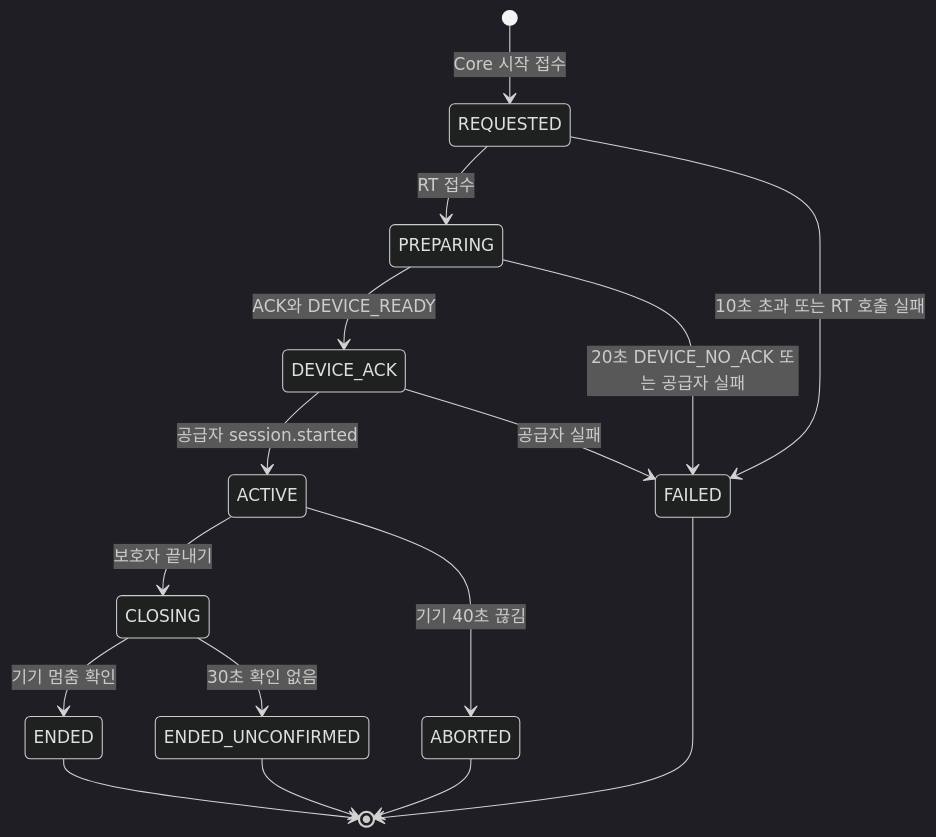
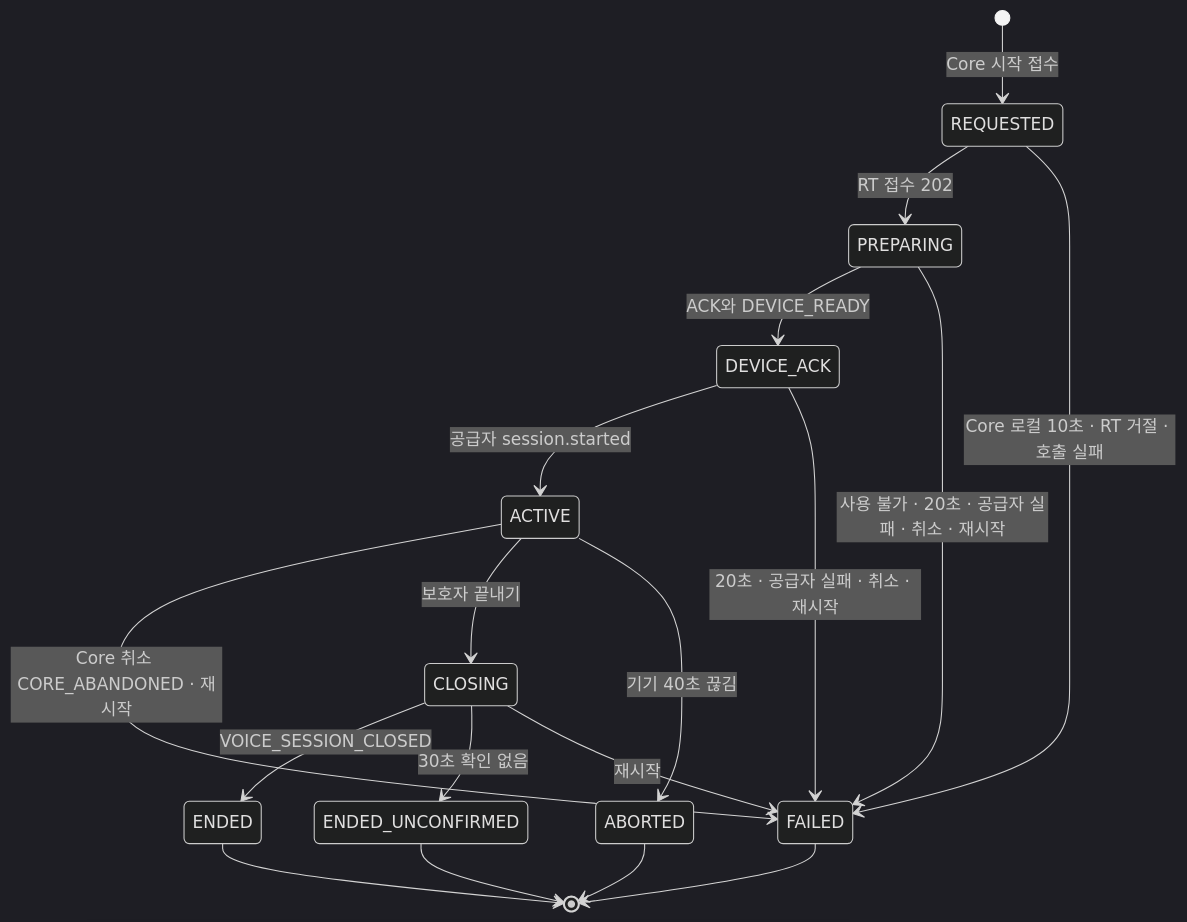
Before and after one commit to team-jomyung/mujungi: the third of 5 diagrams in aidlc/spaces/default/intents/261008-mujoong-service/construction/u1-walking-skeleton/functional-design/functional-spec.md, drawn with Mermaid (dark theme). The commit also changed other lines of this file and 5 other files, not shown here.

````diff
--- a/aidlc/spaces/default/intents/261008-mujoong-service/construction/u1-walking-skeleton/functional-design/functional-spec.md
+++ b/aidlc/spaces/default/intents/261008-mujoong-service/construction/u1-walking-skeleton/functional-design/functional-spec.md
@@ -173,18 +219,20 @@
 ```mermaid
 stateDiagram-v2
   [*] --> REQUESTED : Core 시작 접수
-  REQUESTED --> PREPARING : RT 접수
-  REQUESTED --> FAILED : 10초 초과 또는 RT 호출 실패
+  REQUESTED --> PREPARING : RT 접수 202
+  REQUESTED --> FAILED : Core 로컬 10초 · RT 거절 · 호출 실패
   PREPARING --> DEVICE_ACK : ACK와 DEVICE_READY
-  PREPARING --> FAILED : 20초 DEVICE_NO_ACK 또는 공급자 실패
   DEVICE_ACK --> ACTIVE : 공급자 session.started
-  DEVICE_ACK --> FAILED : 공급자 실패
+  PREPARING --> FAILED : 사용 불가 · 20초 · 공급자 실패 · 취소 · 재시작
+  DEVICE_ACK --> FAILED : 20초 · 공급자 실패 · 취소 · 재시작
+  ACTIVE --> FAILED : Core 취소 CORE_ABANDONED · 재시작
   ACTIVE --> CLOSING : 보호자 끝내기
   ACTIVE --> ABORTED : 기기 40초 끊김
-  CLOSING --> ENDED : 기기 멈춤 확인
+  CLOSING --> ENDED : VOICE_SESSION_CLOSED
   CLOSING --> ENDED_UNCONFIRMED : 30초 확인 없음
+  CLOSING --> FAILED : 재시작
   ENDED --> [*]
   ENDED_UNCONFIRMED --> [*]
   ABORTED --> [*]
   FAILED --> [*]
 ```
````
